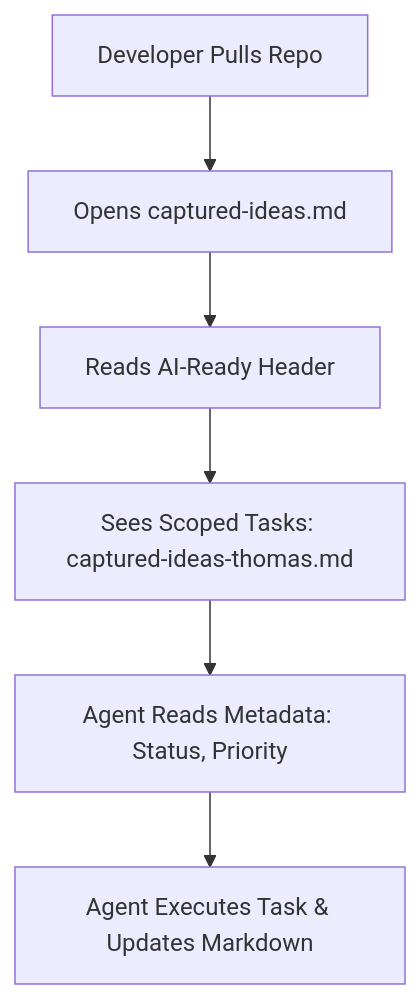
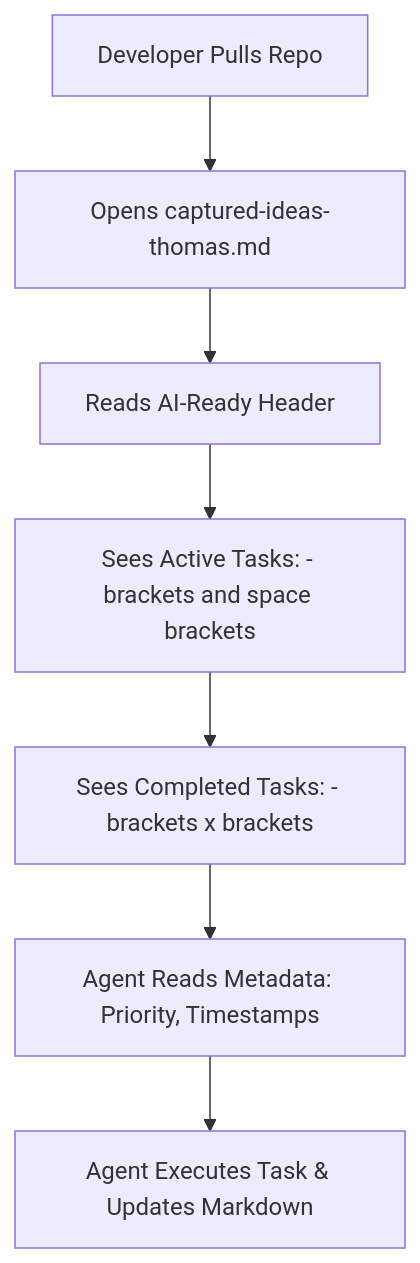
Before and after one commit to tholo91/code-tasks: the third of 4 diagrams in _bmad-output/planning-artifacts/ux-design-specification.md, drawn with Mermaid. The commit also changed other lines of this file and 74 other files, not shown here.

First line of the commit message:
feat: major app overhaul — Epic 7 UX redesign with per-repo tasks, FAB creation, task details, drag-and-drop, swipe-to-delete, and sync improvements

````diff
--- a/_bmad-output/planning-artifacts/ux-design-specification.md
+++ b/_bmad-output/planning-artifacts/ux-design-specification.md
@@ -283,8 +292,9 @@
 ```mermaid
 graph TD
-    A[Developer Pulls Repo] --> B[Opens captured-ideas.md]
+    A[Developer Pulls Repo] --> B[Opens captured-ideas-thomas.md]
     B --> C[Reads AI-Ready Header]
-    C --> D[Sees Scoped Tasks: captured-ideas-thomas.md]
-    D --> E[Agent Reads Metadata: Status, Priority]
-    E --> F[Agent Executes Task & Updates Markdown]
+    C --> D[Sees Active Tasks: - brackets and space brackets]
+    D --> E[Sees Completed Tasks: - brackets x brackets]
+    E --> F[Agent Reads Metadata: Priority, Timestamps]
+    F --> G[Agent Executes Task & Updates Markdown]
 ```
````
